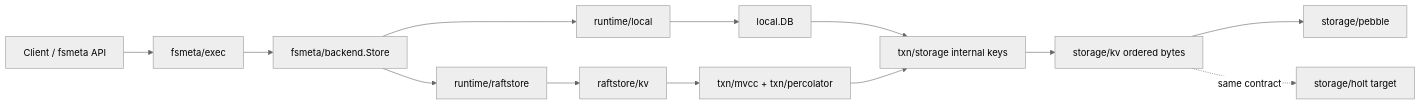
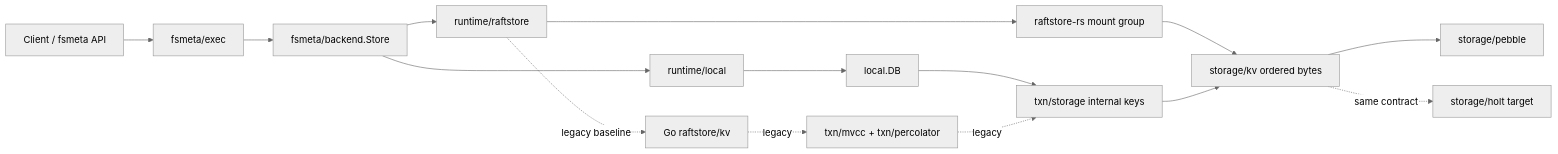
Before and after one commit to feichai0017/NoKV: the diagram in docs/guide/architecture.md, drawn with Mermaid (neutral theme). The commit also changed other lines of this file and 11 other files, not shown here.

Commit message:
docs: realign rust raftstore mainline

````diff
--- a/docs/guide/architecture.md
+++ b/docs/guide/architecture.md
@@ -69,13 +73,15 @@
 ```mermaid
 flowchart LR
     Client["Client / fsmeta API"] --> Exec["fsmeta/exec"]
     Exec --> Backend["fsmeta/backend.Store"]
     Backend --> Local["runtime/local"] --> LocalDB["local.DB"]
-    Backend --> Raft["runtime/raftstore"] --> StoreKV["raftstore/kv"]
-    StoreKV --> Txn["txn/mvcc + txn/percolator"]
+    Backend --> Raft["runtime/raftstore"] --> RustRaft["raftstore-rs mount group"]
+    Raft -. "legacy baseline" .-> StoreKV["Go raftstore/kv"]
+    StoreKV -. "legacy" .-> Txn["txn/mvcc + txn/percolator"]
     LocalDB --> MVCC["txn/storage internal keys"]
-    Txn --> MVCC
+    Txn -. "legacy" .-> MVCC
+    RustRaft --> KV
     MVCC --> KV["storage/kv ordered bytes"]
     KV --> Pebble["storage/pebble"]
     KV -. "same contract" .-> Holt["storage/holt target"]
 ```
````
